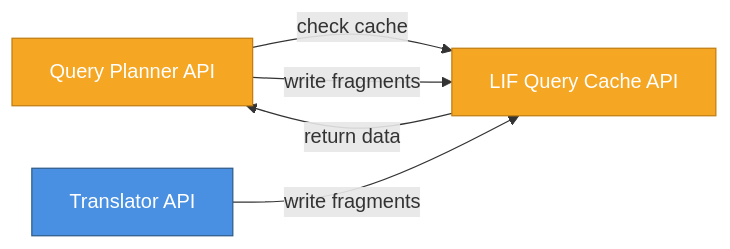
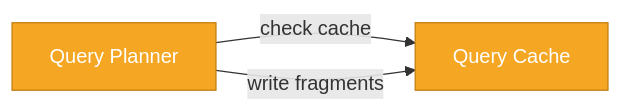
One commit to LIF-Initiative/lif-core changed the tenth of 16 diagrams in docs/lif_services_overview.md. Above: the diagram before and after it, drawn with Mermaid. The commit also changed other lines of this file, not shown here.

Commit message:
docs: update more diagrams

````diff
--- a/docs/lif_services_overview.md
+++ b/docs/lif_services_overview.md
@@ -430,17 +425,13 @@
 ```mermaid
 graph LR
-    QP[Query Planner API]
-    Cache[LIF Query Cache API]
-    Trans[Translator API]
+    QP[Query Planner]
+    Cache[Query Cache]
     
     QP -->|check cache| Cache
-    Cache -->|return data| QP
     QP -->|write fragments| Cache
-    Trans -->|write fragments| Cache
     
     classDef infraStyle fill:#F5A623,stroke:#C17D11,color:#fff
     classDef coreStyle fill:#4A90E2,stroke:#2E5C8A,color:#fff
     
     class Cache,QP infraStyle
-    class Trans coreStyle
 ```
````
